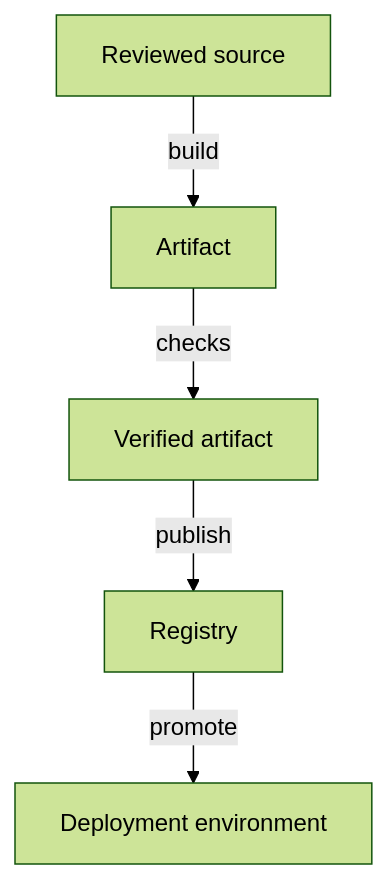
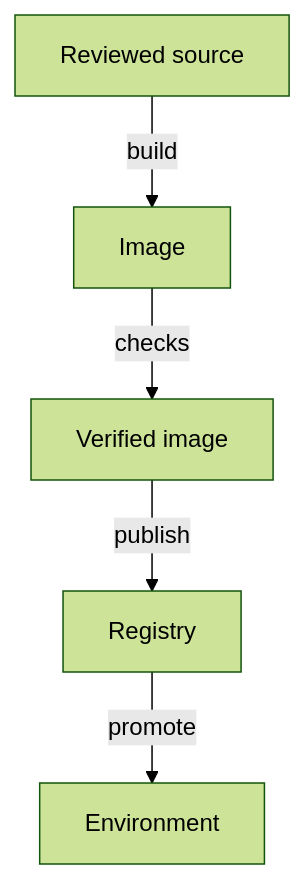
One commit to astrona-io/ATS039 changed the diagram in sections/section-010/module-01/course-01-source-changes-and-build-evidence.md. Above: the diagram before and after it, drawn with Mermaid (forest theme). The commit also changed other lines of this file and 156 other files, not shown here.

````diff
--- a/sections/section-010/module-01/course-01-source-changes-and-build-evidence.md
+++ b/sections/section-010/module-01/course-01-source-changes-and-build-evidence.md
@@ -14,7 +12,7 @@
 ```mermaid
 flowchart TB
-    S["Reviewed source"] -->|"build"| A["Artifact"]
-    A -->|"checks"| T["Verified artifact"]
+    S["Reviewed source"] -->|"build"| A["Image"]
+    A -->|"checks"| T["Verified image"]
     T -->|"publish"| R["Registry"]
-    R -->|"promote"| D["Deployment environment"]
+    R -->|"promote"| D["Environment"]
 ```
````
